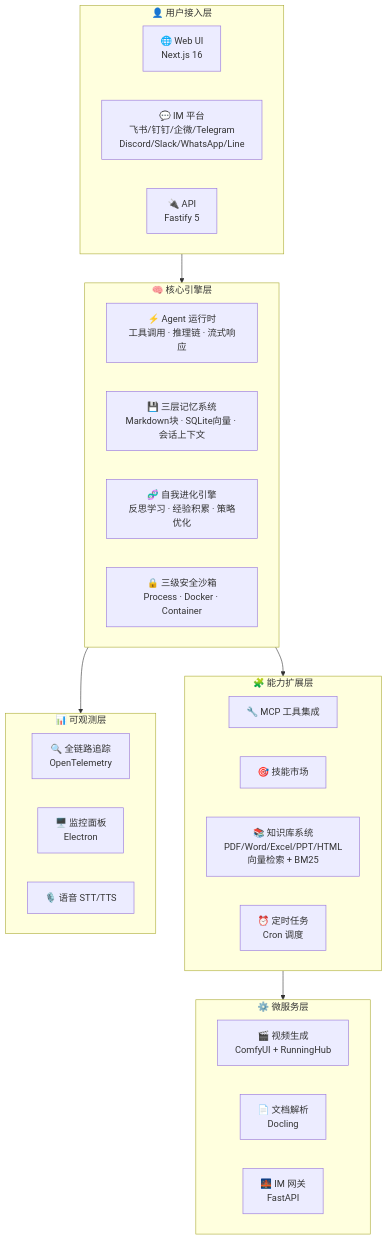
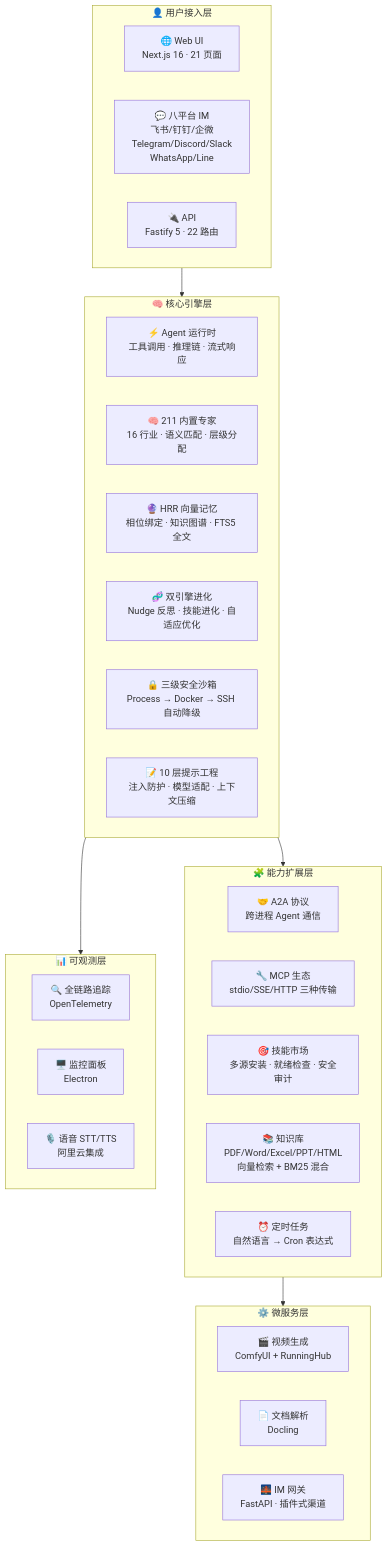
Before and after one commit to Louis830903/Super-Loong: the diagram in README.md, drawn with Mermaid. The commit also changed other lines of this file, not shown here.

````diff
--- a/README.md
+++ b/README.md
@@ -40,39 +41,42 @@
 ```mermaid
 graph TB
     subgraph 用户层["👤 用户接入层"]
-        WebUI["🌐 Web UI<br/>Next.js 16"]
-        IM["💬 IM 平台<br/>飞书/钉钉/企微/Telegram<br/>Discord/Slack/WhatsApp/Line"]
-        API["🔌 API<br/>Fastify 5"]
+        WebUI["🌐 Web UI<br/>Next.js 16 · 21 页面"]
+        IM["💬 八平台 IM<br/>飞书/钉钉/企微<br/>Telegram/Discord/Slack<br/>WhatsApp/Line"]
+        API["🔌 API<br/>Fastify 5 · 22 路由"]
     end
 
     subgraph 核心层["🧠 核心引擎层"]
         Runtime["⚡ Agent 运行时<br/>工具调用 · 推理链 · 流式响应"]
-        Memory["💾 三层记忆系统<br/>Markdown块 · SQLite向量 · 会话上下文"]
-        Evolution["🧬 自我进化引擎<br/>反思学习 · 经验积累 · 策略优化"]
-        Sandbox["🔒 三级安全沙箱<br/>Process · Docker · Container"]
+        Experts["🧠 211 内置专家<br/>16 行业 · 语义匹配 · 层级分配"]
+        Memory["🔮 HRR 向量记忆<br/>相位绑定 · 知识图谱 · FTS5 全文"]
+        Evolution["🧬 双引擎进化<br/>Nudge 反思 · 技能进化 · 自适应优化"]
+        Sandbox["🔒 三级安全沙箱<br/>Process → Docker → SSH 自动降级"]
+        Prompt["📝 10 层提示工程<br/>注入防护 · 模型适配 · 上下文压缩"]
     end
 
     subgraph 能力层["🧩 能力扩展层"]
-        MCP["🔧 MCP 工具集成"]
-        Skills["🎯 技能市场"]
-        KB["📚 知识库系统<br/>PDF/Word/Excel/PPT/HTML<br/>向量检索 + BM25"]
-        Cron["⏰ 定时任务<br/>Cron 调度"]
+        A2A["🤝 A2A 协议<br/>跨进程 Agent 通信"]
+        MCP["🔧 MCP 生态<br/>stdio/SSE/HTTP 三种传输"]
+        Skills["🎯 技能市场<br/>多源安装 · 就绪检查 · 安全审计"]
+        KB["📚 知识库<br/>PDF/Word/Excel/PPT/HTML<br/>向量检索 + BM25 混合"]
+        Cron["⏰ 定时任务<br/>自然语言 → Cron 表达式"]
     end
 
     subgraph 服务层["⚙️ 微服务层"]
         Video["🎬 视频生成<br/>ComfyUI + RunningHub"]
         KBParser["📄 文档解析<br/>Docling"]
-        Gateway["🌉 IM 网关<br/>FastAPI"]
+        Gateway["🌉 IM 网关<br/>FastAPI · 插件式渠道"]
     end
 
     subgraph 观测层["📊 可观测层"]
         Tracing["🔍 全链路追踪<br/>OpenTelemetry"]
         Monitor["🖥️ 监控面板<br/>Electron"]
-        TTS["🎙️ 语音 STT/TTS"]
+        TTS["🎙️ 语音 STT/TTS<br/>阿里云集成"]
     end
 
     用户层 --> 核心层
     核心层 --> 能力层
     能力层 --> 服务层
     核心层 --> 观测层
 ```
````
